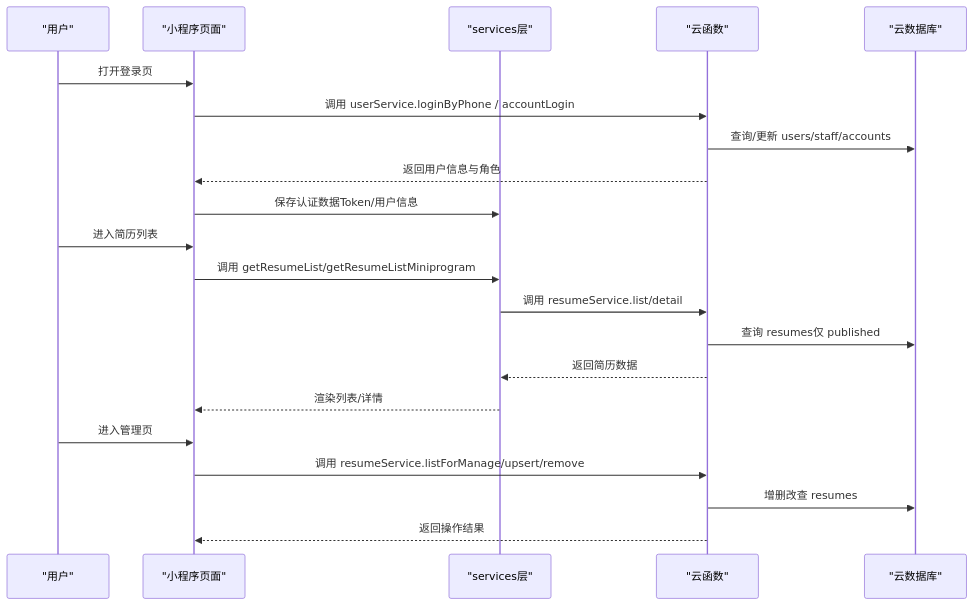
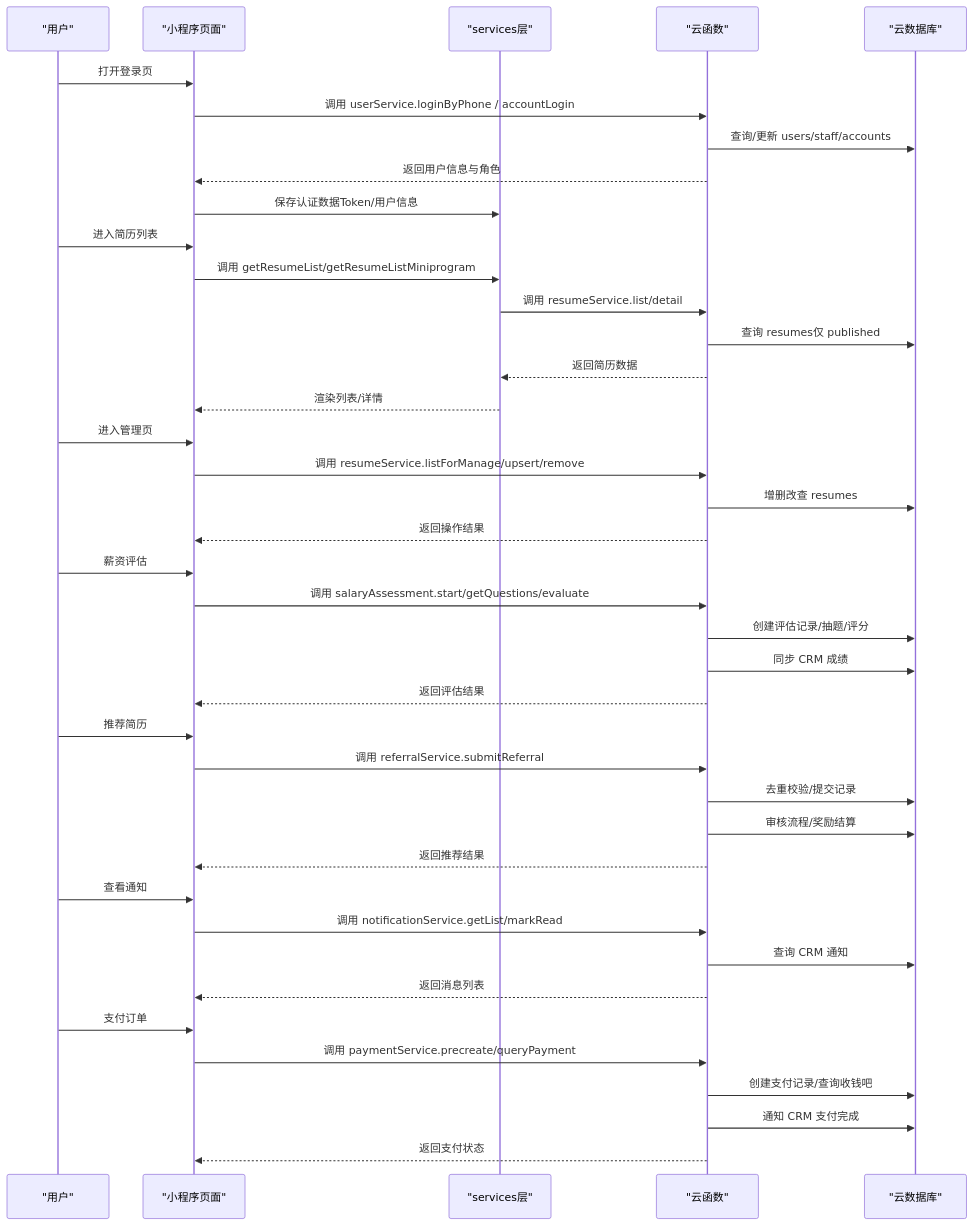
Before and after one commit to sunxuebo91/-: the second of 10 diagrams in .qoder/repowiki/zh/content/核心功能/核心功能.md, drawn with Mermaid. The commit also changed other lines of this file and 123 other files, not shown here.

````diff
--- a/.qoder/repowiki/zh/content/核心功能/核心功能.md
+++ b/.qoder/repowiki/zh/content/核心功能/核心功能.md
@@ -114,23 +161,42 @@
 ```mermaid
 sequenceDiagram
 participant U as "用户"
 participant P as "小程序页面"
 participant S as "services层"
 participant CF as "云函数"
 participant DB as "云数据库"
 U->>P : 打开登录页
 P->>CF : 调用 userService.loginByPhone / accountLogin
 CF->>DB : 查询/更新 users/staff/accounts
 CF-->>P : 返回用户信息与角色
 P->>S : 保存认证数据Token/用户信息
 U->>P : 进入简历列表
 P->>S : 调用 getResumeList/getResumeListMiniprogram
 S->>CF : 调用 resumeService.list/detail
 CF->>DB : 查询 resumes仅 published
 CF-->>S : 返回简历数据
 S-->>P : 渲染列表/详情
 U->>P : 进入管理页
 P->>CF : 调用 resumeService.listForManage/upsert/remove
 CF->>DB : 增删改查 resumes
 CF-->>P : 返回操作结果
+U->>P : 薪资评估
+P->>CF : 调用 salaryAssessment.start/getQuestions/evaluate
+CF->>DB : 创建评估记录/抽题/评分
+CF->>DB : 同步 CRM 成绩
+CF-->>P : 返回评估结果
+U->>P : 推荐简历
+P->>CF : 调用 referralService.submitReferral
+CF->>DB : 去重校验/提交记录
+CF->>DB : 审核流程/奖励结算
+CF-->>P : 返回推荐结果
+U->>P : 查看通知
+P->>CF : 调用 notificationService.getList/markRead
+CF->>DB : 查询 CRM 通知
+CF-->>P : 返回消息列表
+U->>P : 支付订单
+P->>CF : 调用 paymentService.precreate/queryPayment
+CF->>DB : 创建支付记录/查询收钱吧
+CF->>DB : 通知 CRM 支付完成
+CF-->>P : 返回支付状态
 ```
````
